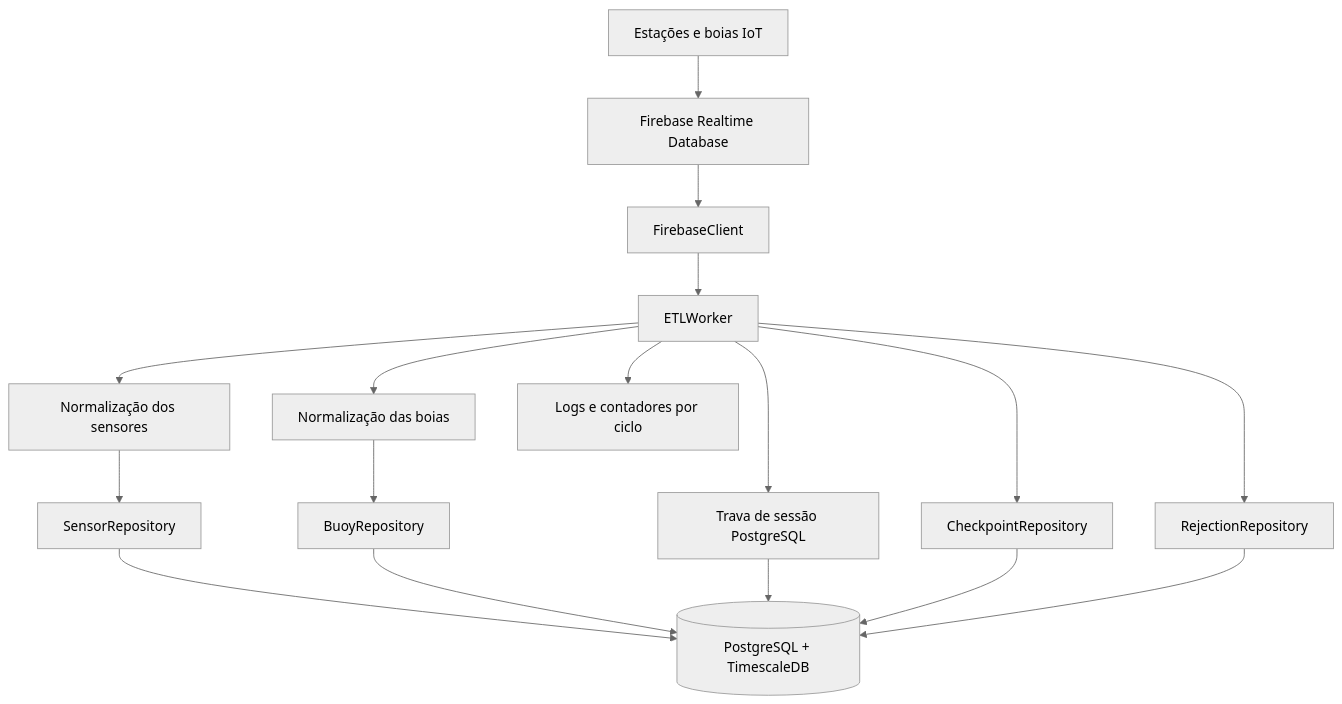
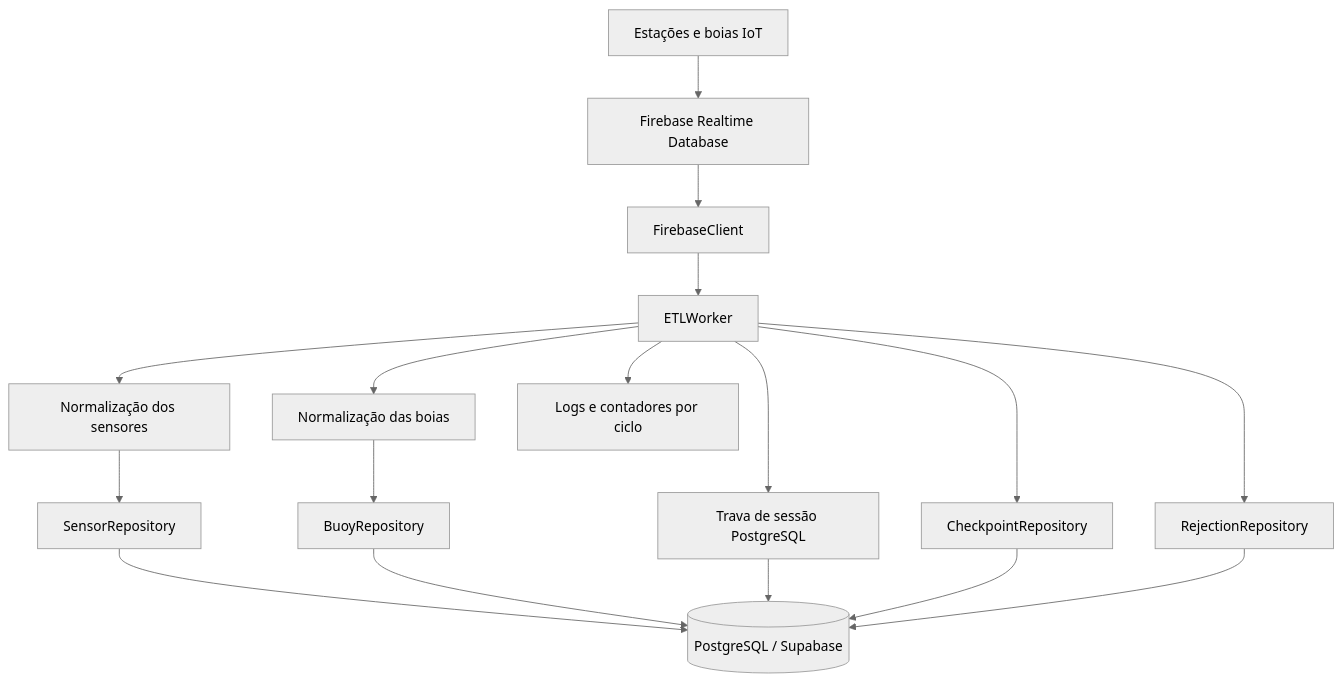
Before and after one commit to GpadsTech/etl_worker_python: the diagram in README.md, drawn with Mermaid (neutral theme). The commit also changed other lines of this file and 44 other files, not shown here.

Commit message:
feat(db): migra para PostgreSQL puro e configura acesso seguro ao Supabase

````diff
--- a/README.md
+++ b/README.md
@@ -38,19 +37,19 @@
 ```mermaid
 flowchart TD
     A[Estações e boias IoT] --> B[Firebase Realtime Database]
     B --> C[FirebaseClient]
     C --> D[ETLWorker]
     D --> E[Normalização dos sensores]
     D --> F[Normalização das boias]
     E --> G[SensorRepository]
     F --> H[BuoyRepository]
-    G --> I[(PostgreSQL + TimescaleDB)]
+    G --> I[(PostgreSQL / Supabase)]
     H --> I
     D --> J[Logs e contadores por ciclo]
     D --> K[Trava de sessão PostgreSQL]
     K --> I
     D --> L[CheckpointRepository]
     L --> I
     D --> M[RejectionRepository]
     M --> I
 ```
````
